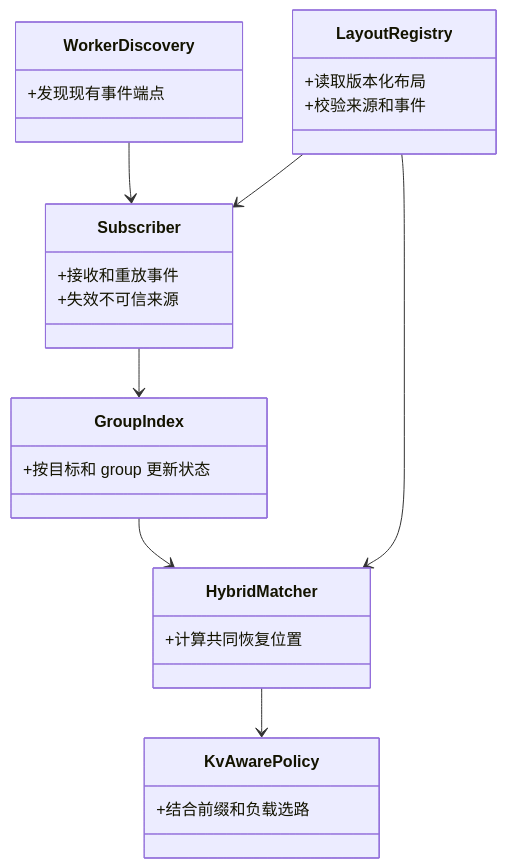
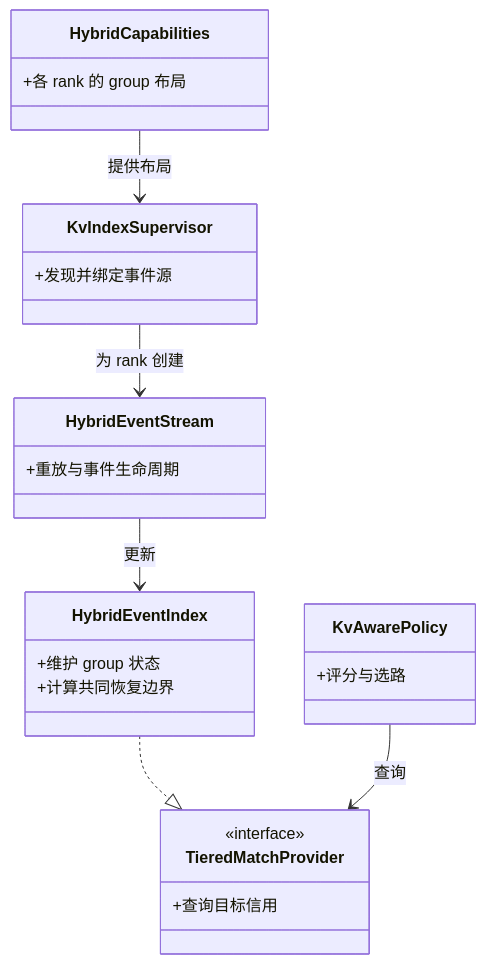
The second of 6 diagrams in docs/load_balancing/hybrid-kv-aware-rfc.zh.md (vllm-project/router), drawn with Mermaid before and after one commit. The commit also changed other lines of this file and 1 other file, not shown here.

First line of the commit message:
docs(rfc): align the hybrid-attention RFC with the implemented contract

````diff
--- a/docs/load_balancing/hybrid-kv-aware-rfc.zh.md
+++ b/docs/load_balancing/hybrid-kv-aware-rfc.zh.md
@@ -47,29 +37,28 @@
 ```mermaid
 classDiagram
-    class WorkerDiscovery {
-        +发现现有事件端点
+    class HybridCapabilities {
+        +各 rank 的 group 布局
     }
-    class LayoutRegistry {
-        +读取版本化布局
-        +校验来源和事件
+    class KvIndexSupervisor {
+        +发现并绑定事件源
     }
-    class Subscriber {
-        +接收和重放事件
-        +失效不可信来源
+    class HybridEventStream {
+        +重放与事件生命周期
     }
-    class GroupIndex {
-        +按目标和 group 更新状态
+    class HybridEventIndex {
+        +维护 group 状态
+        +计算共同恢复边界
     }
-    class HybridMatcher {
-        +计算共同恢复位置
+    class TieredMatchProvider {
+        <<interface>>
+        +查询目标信用
     }
     class KvAwarePolicy {
-        +结合前缀和负载选路
+        +评分与选路
     }
-    WorkerDiscovery --> Subscriber
-    LayoutRegistry --> Subscriber
-    Subscriber --> GroupIndex
-    LayoutRegistry --> HybridMatcher
-    GroupIndex --> HybridMatcher
-    HybridMatcher --> KvAwarePolicy
+    HybridCapabilities --> KvIndexSupervisor : 提供布局
+    KvIndexSupervisor --> HybridEventStream : 为 rank 创建
+    HybridEventStream --> HybridEventIndex : 更新
+    HybridEventIndex ..|> TieredMatchProvider
+    KvAwarePolicy --> TieredMatchProvider : 查询
 ```
````
